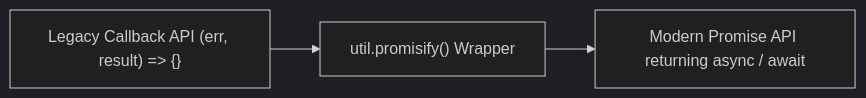
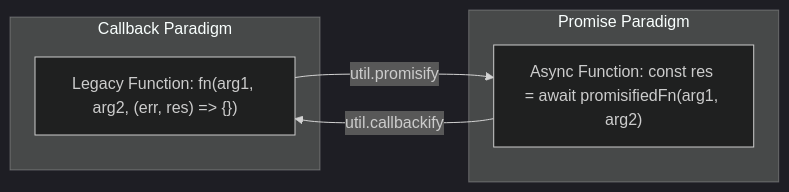
The first of 2 diagrams in nodejs-notes/21-util-module.md (Amie-dev/engineering-playbook), drawn with Mermaid (dark theme) before and after one commit. The commit also changed other lines of this file and 32 other files, not shown here.

````diff
--- a/nodejs-notes/21-util-module.md
+++ b/nodejs-notes/21-util-module.md
@@ -10,5 +13,13 @@
 ```mermaid
 flowchart LR
-    CallbackFn["Legacy Callback API (err, result) => {}"] --> Promisify["util.promisify() Wrapper"]
-    Promisify --> PromiseFn["Modern Promise API returning async / await"]
+    subgraph Callback Paradigm
+        LegacyFn["Legacy Function: fn(arg1, arg2, (err, res) => {})"]
+    end
+
+    subgraph Promise Paradigm
+        PromiseFn["Async Function: const res = await promisifiedFn(arg1, arg2)"]
+    end
+
+    LegacyFn -->|util.promisify| PromiseFn
+    PromiseFn -->|util.callbackify| LegacyFn
 ```
````
